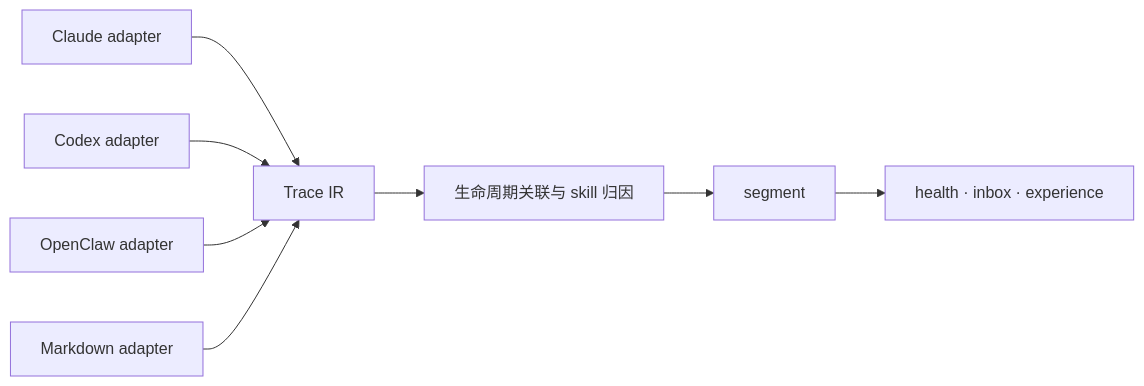
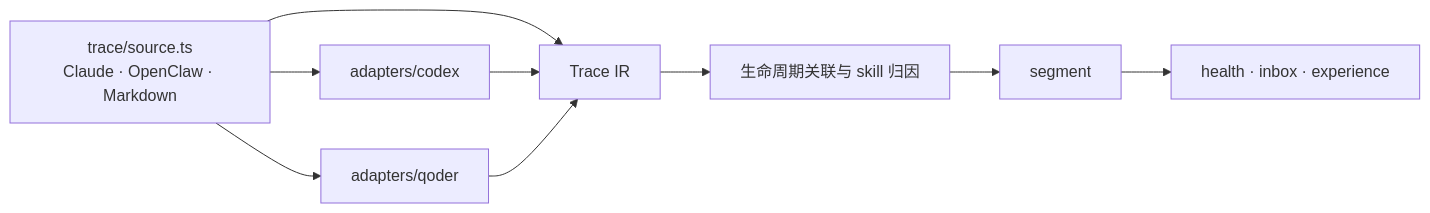
Before and after one commit to lizhiyao/oh-my-knowledge: the second of 2 diagrams in docs/zh/explanation/architecture.md, drawn with Mermaid. The commit also changed other lines of this file and 36 other files, not shown here.

````diff
--- a/docs/zh/explanation/architecture.md
+++ b/docs/zh/explanation/architecture.md
@@ -263,10 +276,9 @@
 ```mermaid
 flowchart LR
-    C["Claude adapter"] --> IR["Trace IR"]
-    X["Codex adapter"] --> IR
-    O["OpenClaw adapter"] --> IR
-    M["Markdown adapter"] --> IR
+    S0["trace/source.ts<br/>Claude · OpenClaw · Markdown"] --> IR["Trace IR"]
+    S0 --> X["adapters/codex"] --> IR
+    S0 --> Q["adapters/qoder"] --> IR
     IR --> A["生命周期关联与 skill 归因"]
     A --> S["segment"]
     S --> R["health · inbox · experience"]
 ```
````
